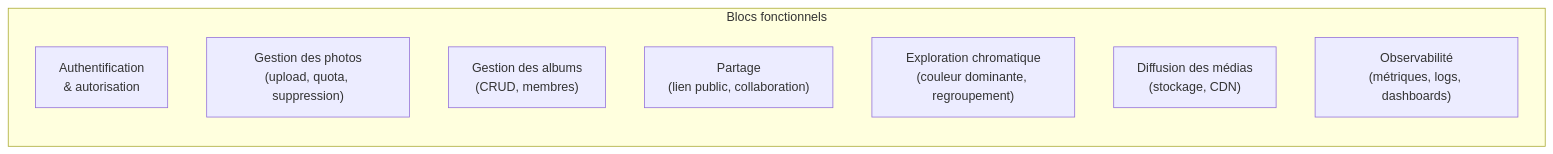
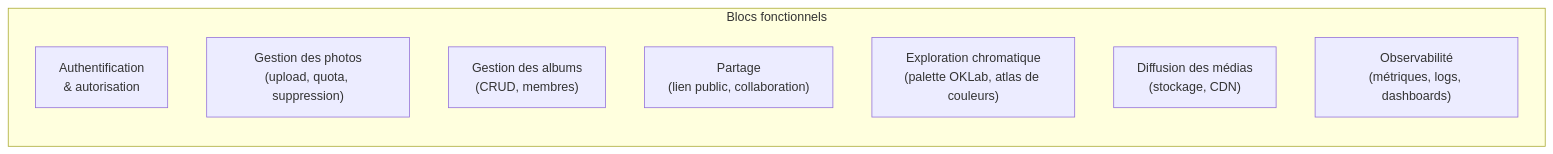
The second of 5 diagrams in docs/cartographie-si.md (TonyMascate/fil_rouge_plateforme), drawn with Mermaid before and after one commit. The commit also changed other lines of this file and 43 other files, not shown here.

````diff
--- a/docs/cartographie-si.md
+++ b/docs/cartographie-si.md
@@ -75,13 +75,13 @@
 ```mermaid
 flowchart LR
     subgraph F["Blocs fonctionnels"]
         direction TB
         F1["Authentification<br/>& autorisation"]
         F2["Gestion des photos<br/>(upload, quota, suppression)"]
         F3["Gestion des albums<br/>(CRUD, membres)"]
         F4["Partage<br/>(lien public, collaboration)"]
-        F5["Exploration chromatique<br/>(couleur dominante, regroupement)"]
+        F5["Exploration chromatique<br/>(palette OKLab, atlas de couleurs)"]
         F6["Diffusion des médias<br/>(stockage, CDN)"]
         F7["Observabilité<br/>(métriques, logs, dashboards)"]
     end
 ```
````
